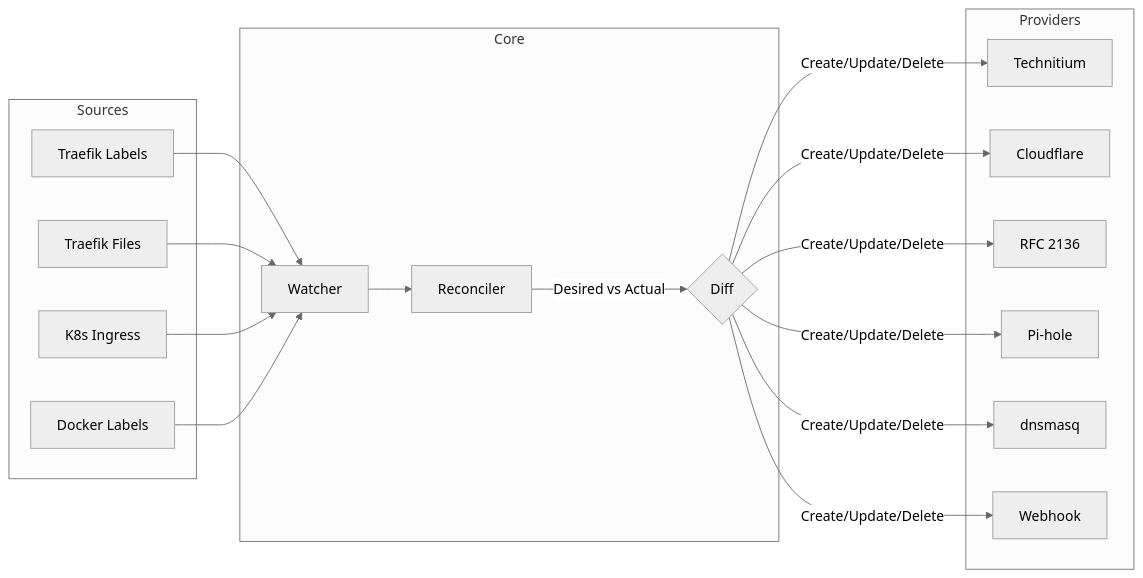
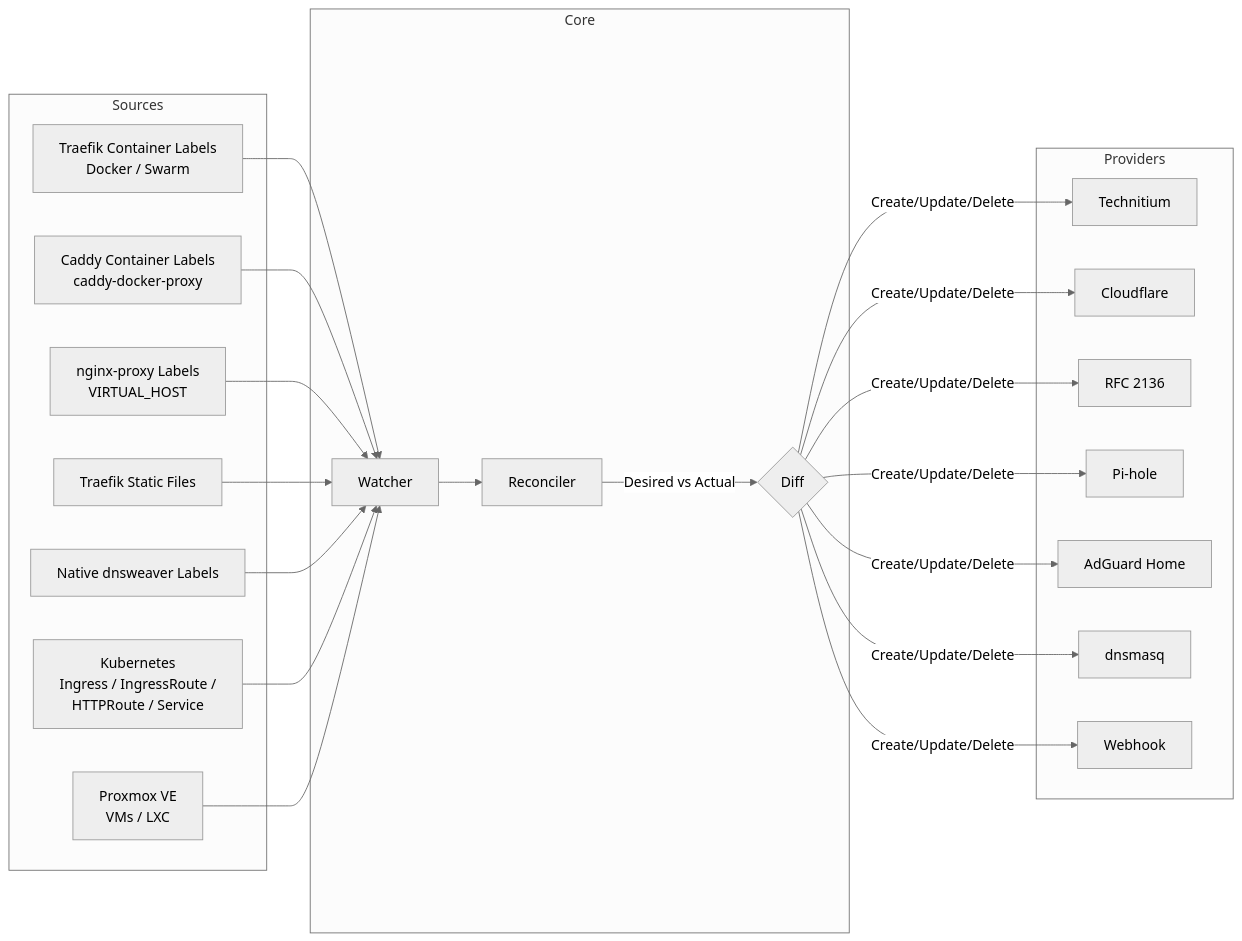
The diagram in docs/contributing/architecture.md (AnotherGenZ/dnsweaver), drawn with Mermaid (neutral theme) before and after one commit. The commit also changed other lines of this file and 40 other files, not shown here.

````diff
--- a/docs/contributing/architecture.md
+++ b/docs/contributing/architecture.md
@@ -9,26 +9,30 @@
 ```mermaid
 graph LR
     subgraph Sources
-        S1[Traefik Labels]
-        S2[Traefik Files]
-        S3[K8s Ingress]
-        S4[Docker Labels]
+        S1[Traefik Container Labels<br/>Docker / Swarm]
+        S2[Caddy Container Labels<br/>caddy-docker-proxy]
+        S3[nginx-proxy Labels<br/>VIRTUAL_HOST]
+        S4[Traefik Static Files]
+        S5[Native dnsweaver Labels]
+        S6[Kubernetes<br/>Ingress / IngressRoute /<br/>HTTPRoute / Service]
+        S7[Proxmox VE<br/>VMs / LXC]
     end
 
     subgraph Core
         W[Watcher] --> R[Reconciler]
         R --> |Desired vs Actual| D{Diff}
     end
 
     subgraph Providers
         P1[Technitium]
         P2[Cloudflare]
         P3[RFC 2136]
         P4[Pi-hole]
-        P5[dnsmasq]
-        P6[Webhook]
+        P5[AdGuard Home]
+        P6[dnsmasq]
+        P7[Webhook]
     end
 
-    S1 & S2 & S3 & S4 --> W
-    D --> |Create/Update/Delete| P1 & P2 & P3 & P4 & P5 & P6
+    S1 & S2 & S3 & S4 & S5 & S6 & S7 --> W
+    D --> |Create/Update/Delete| P1 & P2 & P3 & P4 & P5 & P6 & P7
 ```
````
